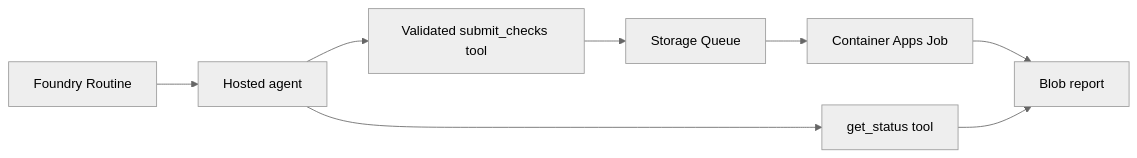
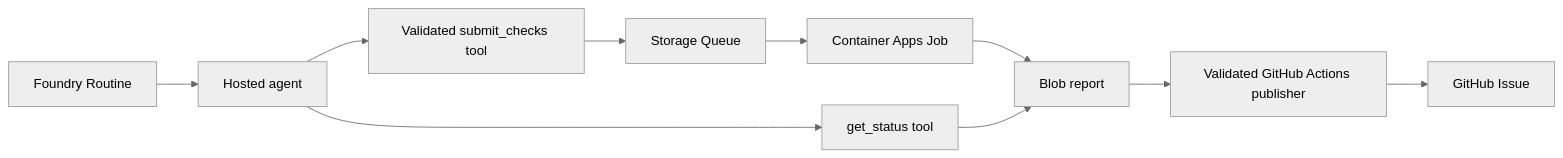
Before and after one commit to skytin1004/agents-decide-containers-execute: the diagram in README.md, drawn with Mermaid (neutral theme). The commit also changed other lines of this file and 8 other files, not shown here.

Commit message:
Publish bounded documentation-check results as GitHub Issues

````diff
--- a/README.md
+++ b/README.md
@@ -20,10 +20,12 @@
 ```mermaid
 flowchart LR
     R[Foundry Routine] --> A[Hosted agent]
     A --> V[Validated submit_checks tool]
     V --> Q[Storage Queue]
     Q --> J[Container Apps Job]
     J --> B[Blob report]
+    B --> P[Validated GitHub Actions publisher]
+    P --> I[GitHub Issue]
     A --> S[get_status tool]
     S --> B
 ```
````
